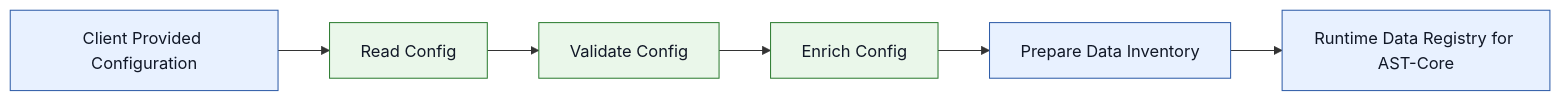
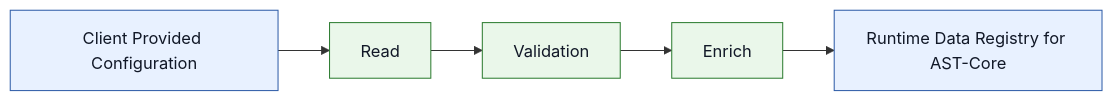
One commit to bcgov/automated-statusing-tool changed the second of 7 diagrams in ast_engine/README.md. Above: the diagram before and after it, drawn with Mermaid. The commit also changed other lines of this file, not shown here.

Commit message:
Update  config diagram. Added core diagram.

````diff
--- a/ast_engine/README.md
+++ b/ast_engine/README.md
@@ -163,17 +163,16 @@
 ```mermaid
 flowchart LR
     A[Client Provided Configuration]
-    B[Read Config]
-    C[Validate Config]
-    D[Enrich Config]
-    E[Prepare Data Inventory]
-    F[Runtime Data Registry for AST-Core]
+    B[Read]
+    C[Validation]
+    D[Enrich]
+    E[Runtime Data Registry for AST-Core]
 
-    A --> B --> C --> D --> E --> F
+    A --> B --> C --> D --> E 
 
     class A,E,F objectNode
     class B,C,D processNode
 
     classDef objectNode fill:#E8F1FF,stroke:#2F5DA8,stroke-width:1px,color:#111827
     classDef processNode fill:#EAF7EA,stroke:#2E7D32,stroke-width:1px,color:#111827
 ```
````
